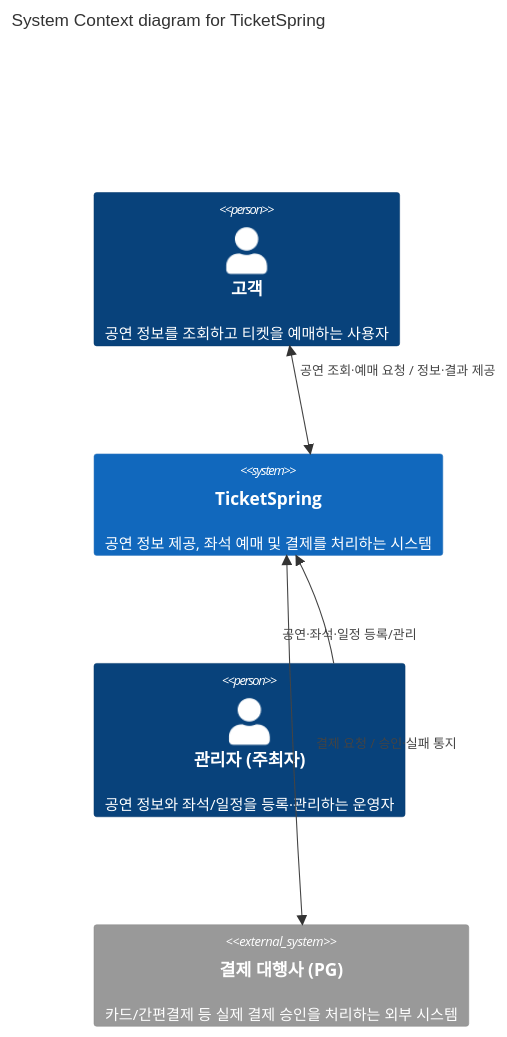
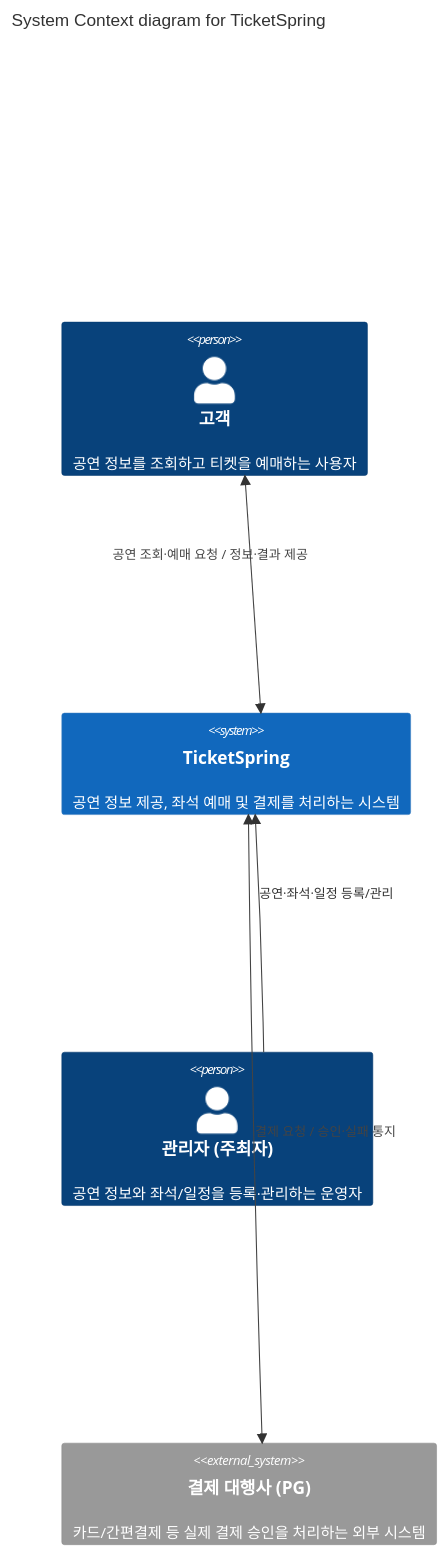
Before and after one commit to Hangju0610/TicketSpring_Monolith: the diagram in docs/architecture/c4-context.md, drawn with Mermaid.

Commit message:
docs: c4-context.md 렌더링 수정

````diff
--- a/docs/architecture/c4-context.md
+++ b/docs/architecture/c4-context.md
@@ -5,20 +5,21 @@
 ```mermaid
+%%{init: {"theme": "default", "themeVariables": {"background": "#ffffff"}, "c4": {"c4ShapeMargin": 110, "c4ShapePadding": 20}} }%%
 C4Context
   title System Context diagram for TicketSpring
 
   Person(customer, "고객", "공연 정보를 조회하고 티켓을 예매하는 사용자")
   System(ticketSpring, "TicketSpring", "공연 정보 제공, 좌석 예매 및 결제를 처리하는 시스템")
   Person(admin, "관리자 (주최자)", "공연 정보와 좌석/일정을 등록·관리하는 운영자")
 
   System_Ext(pg, "결제 대행사 (PG)", "카드/간편결제 등 실제 결제 승인을 처리하는 외부 시스템")
 
   BiRel(customer, ticketSpring, "공연 조회·예매 요청 / 정보·결과 제공")
   Rel(admin, ticketSpring, "공연·좌석·일정 등록/관리")
   BiRel(ticketSpring, pg, "결제 요청 / 승인·실패 통지")
 
-  UpdateRelStyle(customer, ticketSpring, $offsetY="-30")
-  UpdateRelStyle(admin, ticketSpring, $offsetY="20", $offsetX="-30")
-  UpdateRelStyle(ticketSpring, pg, $offsetX="20")
+  UpdateRelStyle(customer, ticketSpring, $offsetX="-130", $offsetY="-40", $textColor="#333333", $lineColor="#666666")
+  UpdateRelStyle(admin, ticketSpring, $offsetY="-40", $textColor="#333333", $lineColor="#666666")
+  UpdateRelStyle(ticketSpring, pg, $offsetX="0", $offsetY="0", $textColor="#333333", $lineColor="#666666")
 
   UpdateLayoutConfig($c4ShapeInRow="3", $c4BoundaryInRow="1")
 ```
````
